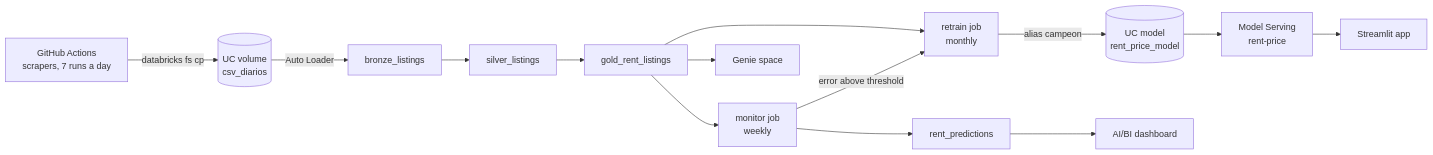
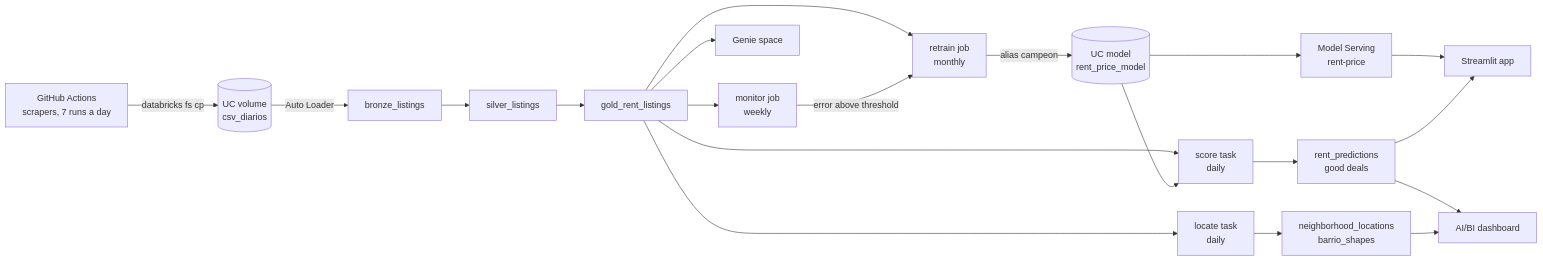
One commit to LGuillermoAngaritaG/scraping_listings changed the diagram in databricks/README.md. Above: the diagram before and after it, drawn with Mermaid. The commit also changed other lines of this file and 20 other files, not shown here.

First line of the commit message:
Add good deals, barrio map and dashboard to the Databricks project

````diff
--- a/databricks/README.md
+++ b/databricks/README.md
@@ -6,16 +6,22 @@
 ```mermaid
 flowchart LR
   GA["GitHub Actions<br/>scrapers, 7 runs a day"] -->|databricks fs cp| V[("UC volume<br/>csv_diarios")]
   V -->|Auto Loader| B[bronze_listings]
   B --> S[silver_listings]
   S --> G[gold_rent_listings]
   G --> T["retrain job<br/>monthly"]
   T -->|alias campeon| M[("UC model<br/>rent_price_model")]
   M --> E["Model Serving<br/>rent-price"]
   E --> A[Streamlit app]
   G --> MON["monitor job<br/>weekly"]
   MON -->|error above threshold| T
-  MON --> P[rent_predictions]
+  G --> SC["score task<br/>daily"]
+  M --> SC
+  SC --> P["rent_predictions<br/>good deals"]
   P --> D[AI/BI dashboard]
+  P --> A
+  G --> LOC["locate task<br/>daily"]
+  LOC --> NL["neighborhood_locations<br/>barrio_shapes"]
+  NL --> D
   G --> GN[Genie space]
 ```
````
